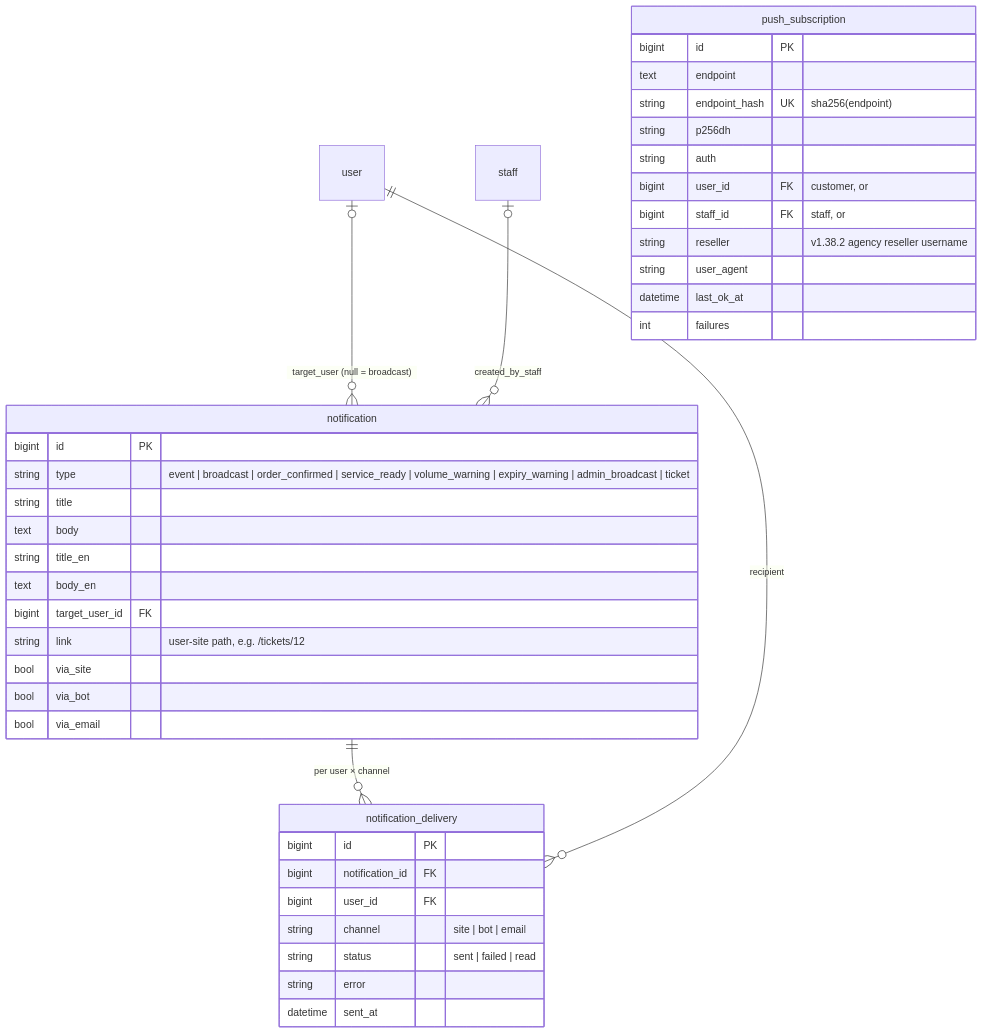
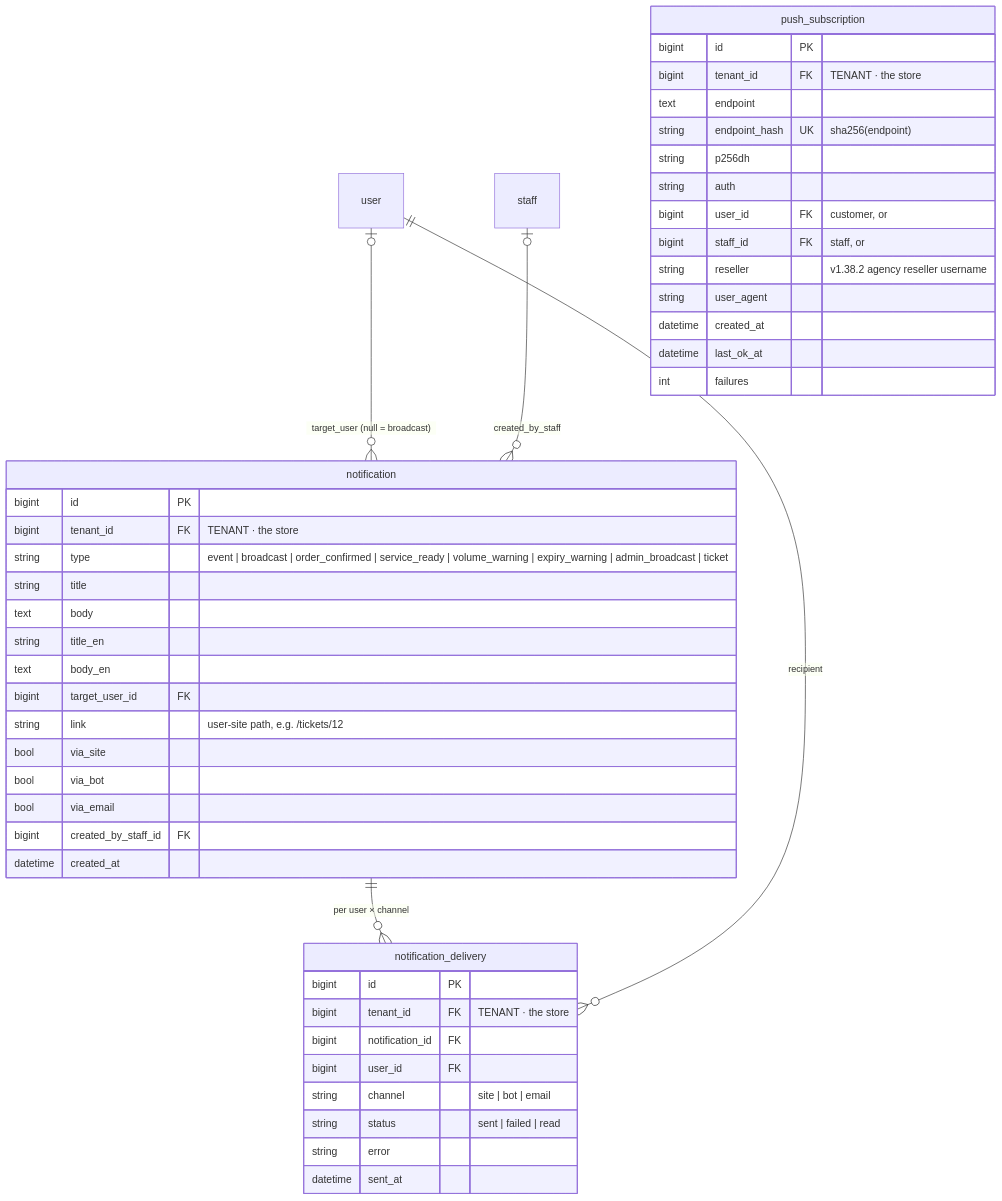
One commit to santiyagoburcart/caspintunel changed the eighth of 9 diagrams in docs/erd.md. Above: the diagram before and after it, drawn with Mermaid. The commit also changed other lines of this file and 17 other files, not shown here.

First line of the commit message:
docs: v1.56.1 — docs audit after multi-tenant, WireGuard and the store import (docs only)

````diff
--- a/docs/erd.md
+++ b/docs/erd.md
@@ -1057,43 +1303,49 @@
 ```mermaid
 erDiagram
     notification ||--o{ notification_delivery : "per user × channel"
     user |o--o{ notification : "target_user (null = broadcast)"
     user ||--o{ notification_delivery : "recipient"
     staff |o--o{ notification : "created_by_staff"
 
     notification {
         bigint id PK
+        bigint tenant_id FK "TENANT · the store"
         string type "event | broadcast | order_confirmed | service_ready | volume_warning | expiry_warning | admin_broadcast | ticket"
         string title
         text body
         string title_en
         text body_en
         bigint target_user_id FK
         string link "user-site path, e.g. /tickets/12"
         bool via_site
         bool via_bot
         bool via_email
+        bigint created_by_staff_id FK
+        datetime created_at
     }
     push_subscription {
         bigint id PK
+        bigint tenant_id FK "TENANT · the store"
         text endpoint
         string endpoint_hash UK "sha256(endpoint)"
         string p256dh
         string auth
         bigint user_id FK "customer, or"
         bigint staff_id FK "staff, or"
         string reseller "v1.38.2 agency reseller username"
         string user_agent
+        datetime created_at
         datetime last_ok_at
         int failures
     }
     notification_delivery {
         bigint id PK
+        bigint tenant_id FK "TENANT · the store"
         bigint notification_id FK
         bigint user_id FK
         string channel "site | bot | email"
         string status "sent | failed | read"
         string error
         datetime sent_at
     }
 ```
````
